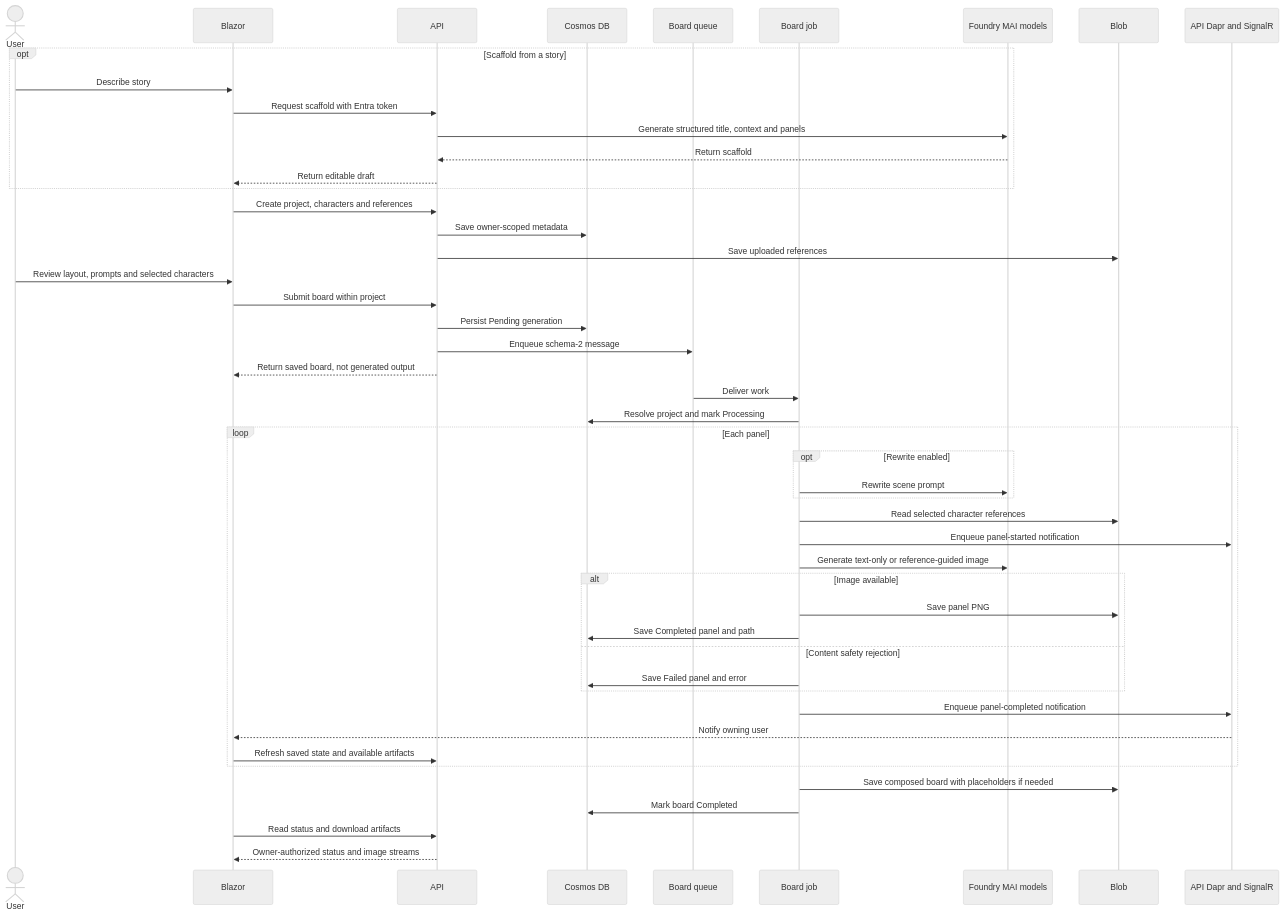
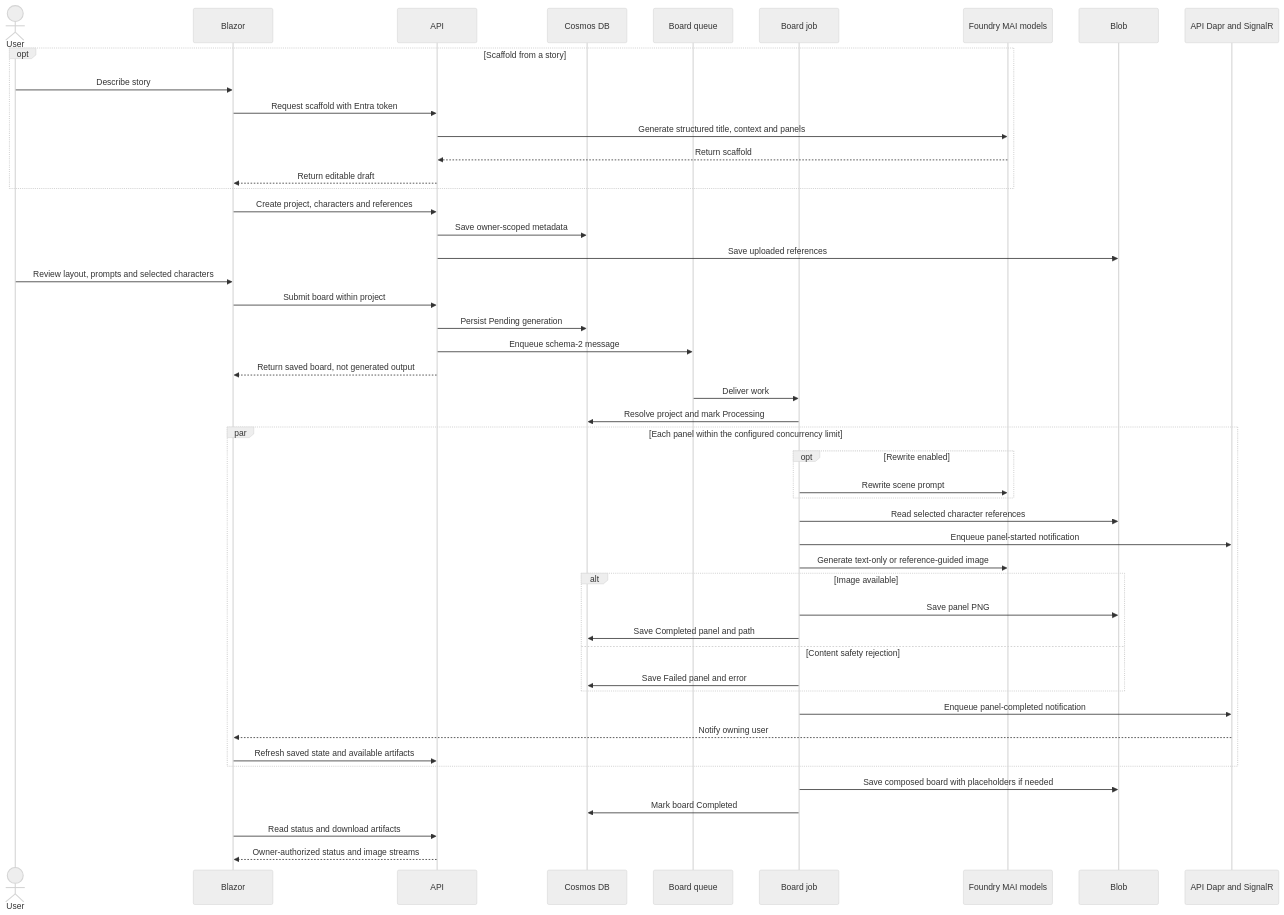
The second of 3 diagrams in docs/architecture.md (mathieumack/foundry-comics-mai), drawn with Mermaid (neutral theme) before and after one commit. The commit also changed other lines of this file and 25 other files, not shown here.

````diff
--- a/docs/architecture.md
+++ b/docs/architecture.md
@@ -75,50 +75,50 @@
 ```mermaid
 sequenceDiagram
     actor User
     participant Web as Blazor
     participant API
     participant DB as Cosmos DB
     participant Queue as Board queue
     participant Job as Board job
     participant MAI as Foundry MAI models
     participant Blob
     participant Push as API Dapr and SignalR
     opt Scaffold from a story
         User->>Web: Describe story
         Web->>API: Request scaffold with Entra token
         API->>MAI: Generate structured title, context and panels
         MAI-->>API: Return scaffold
         API-->>Web: Return editable draft
     end
     Web->>API: Create project, characters and references
     API->>DB: Save owner-scoped metadata
     API->>Blob: Save uploaded references
     User->>Web: Review layout, prompts and selected characters
     Web->>API: Submit board within project
     API->>DB: Persist Pending generation
     API->>Queue: Enqueue schema-2 message
     API-->>Web: Return saved board, not generated output
     Queue->>Job: Deliver work
     Job->>DB: Resolve project and mark Processing
-    loop Each panel
+    par Each panel within the configured concurrency limit
         opt Rewrite enabled
             Job->>MAI: Rewrite scene prompt
         end
         Job->>Blob: Read selected character references
         Job->>Push: Enqueue panel-started notification
         Job->>MAI: Generate text-only or reference-guided image
         alt Image available
             Job->>Blob: Save panel PNG
             Job->>DB: Save Completed panel and path
         else Content safety rejection
             Job->>DB: Save Failed panel and error
         end
         Job->>Push: Enqueue panel-completed notification
         Push-->>Web: Notify owning user
         Web->>API: Refresh saved state and available artifacts
     end
     Job->>Blob: Save composed board with placeholders if needed
     Job->>DB: Mark board Completed
     Web->>API: Read status and download artifacts
     API-->>Web: Owner-authorized status and image streams
 ```
````
